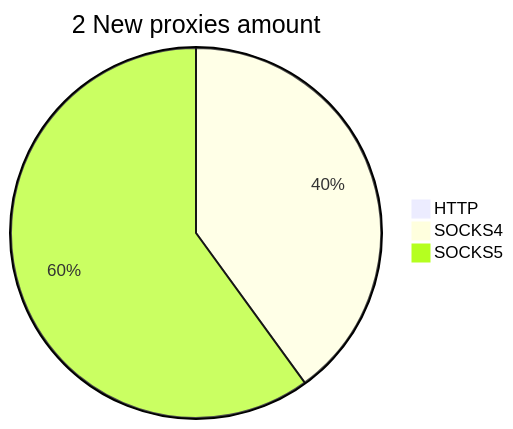
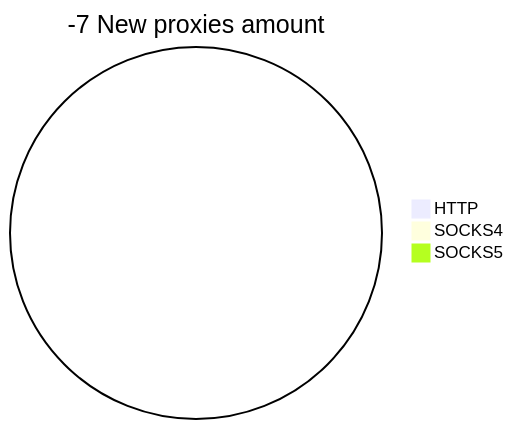
One commit to cutipu/proxylist changed the second of 2 diagrams in README.md. Above: the diagram before and after it, drawn with Mermaid. The commit also changed other lines of this file, not shown here.

````diff
--- a/README.md
+++ b/README.md
@@ -10,6 +10,6 @@
 ```mermaid
-pie title 2 New proxies amount
+pie title -7 New proxies amount
     "HTTP" : 0
-    "SOCKS4" : 2
-    "SOCKS5" : 3
+    "SOCKS4" : 0
+    "SOCKS5" : 0
 ```
````
